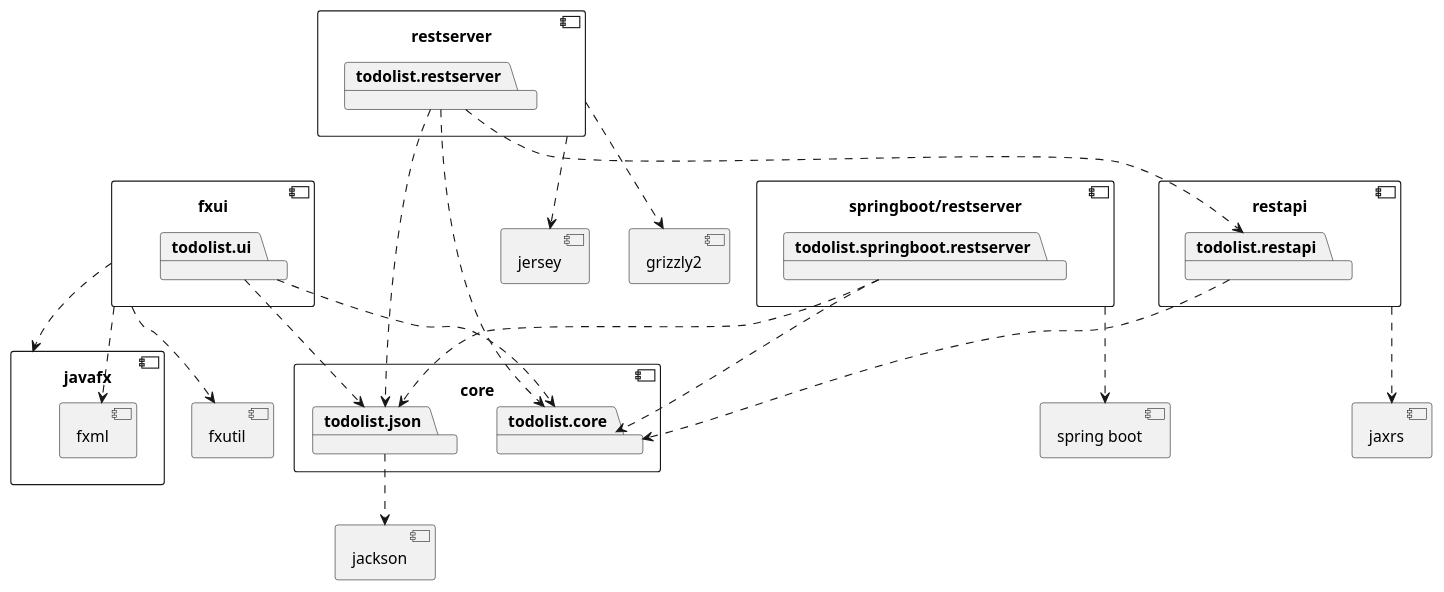
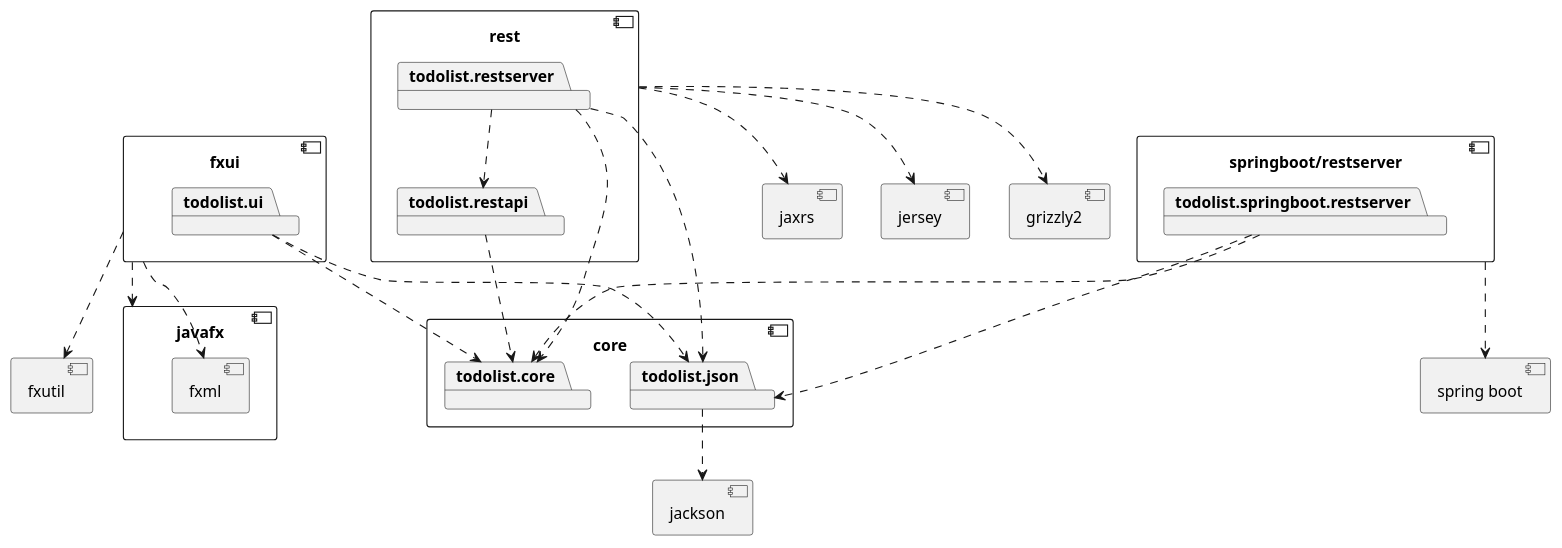
One commit to karosj/IT1901-project changed the diagram in todolist/architecture.puml. Above: the diagram before and after it, drawn with PlantUML.

Commit message:
restapi og restserver er slått sammen

```diff
--- a/todolist/architecture.puml
+++ b/todolist/architecture.puml
@@ -1,73 +1,70 @@
-@startuml architecture
+@startuml
 
 component core {
 	package todolist.core
 	package todolist.json
 }
 
 component jackson {
 }
 
 todolist.json ..> jackson
 
 component fxutil {
 }
 
 component fxui {
 	package todolist.ui
 }
 
 
 todolist.ui ..> todolist.core
 todolist.ui ..> todolist.json
 
 component javafx {
 	component fxml {
 	}
 }
 
 fxui ..> javafx
 fxui ..> fxml
 fxui ..> fxutil
 
-component restapi {
-	package todolist.restapi
-}
-
-todolist.restapi ..> todolist.core
-
 component jaxrs {
 }
 
-restapi ..> jaxrs
-
-component restserver {
+component rest {
+	package todolist.restapi
 	package todolist.restserver
 }
+
+rest ..> jaxrs
+
+todolist.restapi ..> todolist.core
 
 todolist.restserver ..> todolist.core
 todolist.restserver ..> todolist.json
 todolist.restserver ..> todolist.restapi
 
 component jersey {
 }
 
 component grizzly2 {
 }
 
-restserver ..> jersey
-restserver ..> grizzly2
+rest ..> jersey
+rest ..> grizzly2
 
 component "springboot/restserver" as springboot.restserver {
 	package todolist.springboot.restserver
 }
 
 todolist.springboot.restserver ..> todolist.core
 todolist.springboot.restserver ..> todolist.json
 
 component "spring boot" as springboot {
 }
 
 springboot.restserver ..> springboot
 
 @enduml
```
